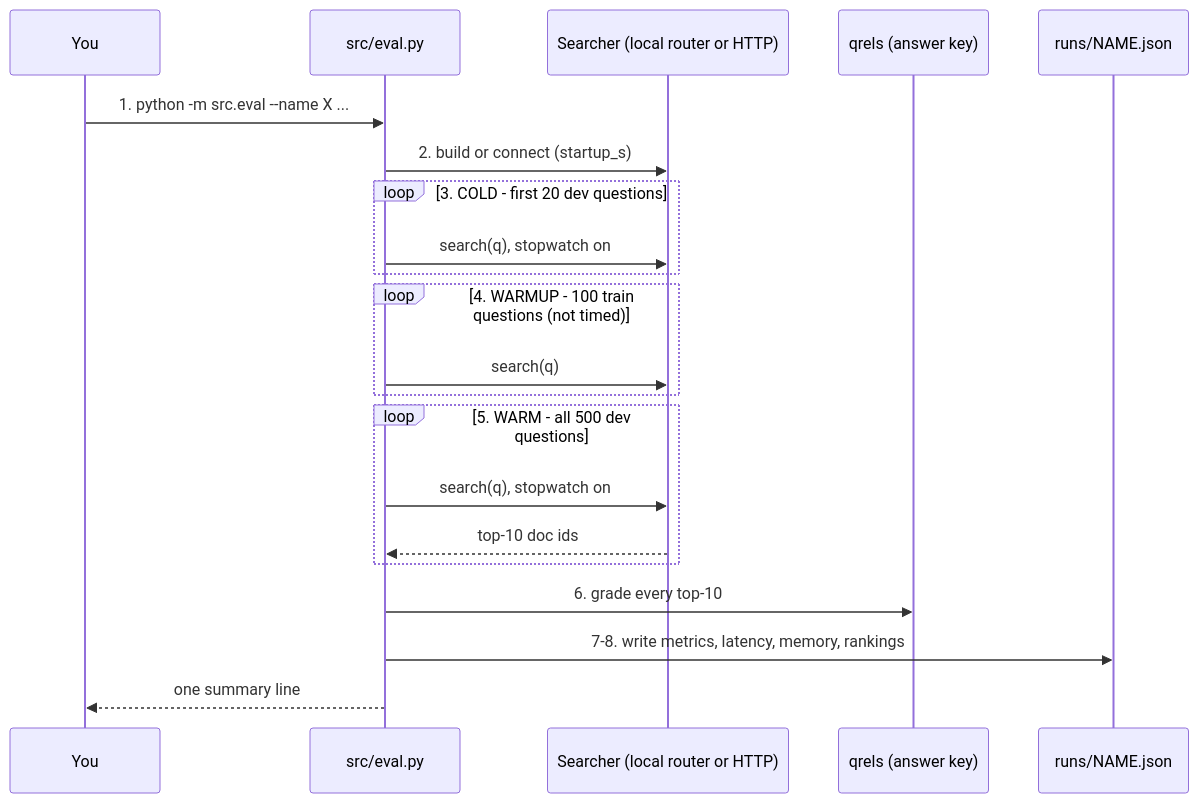
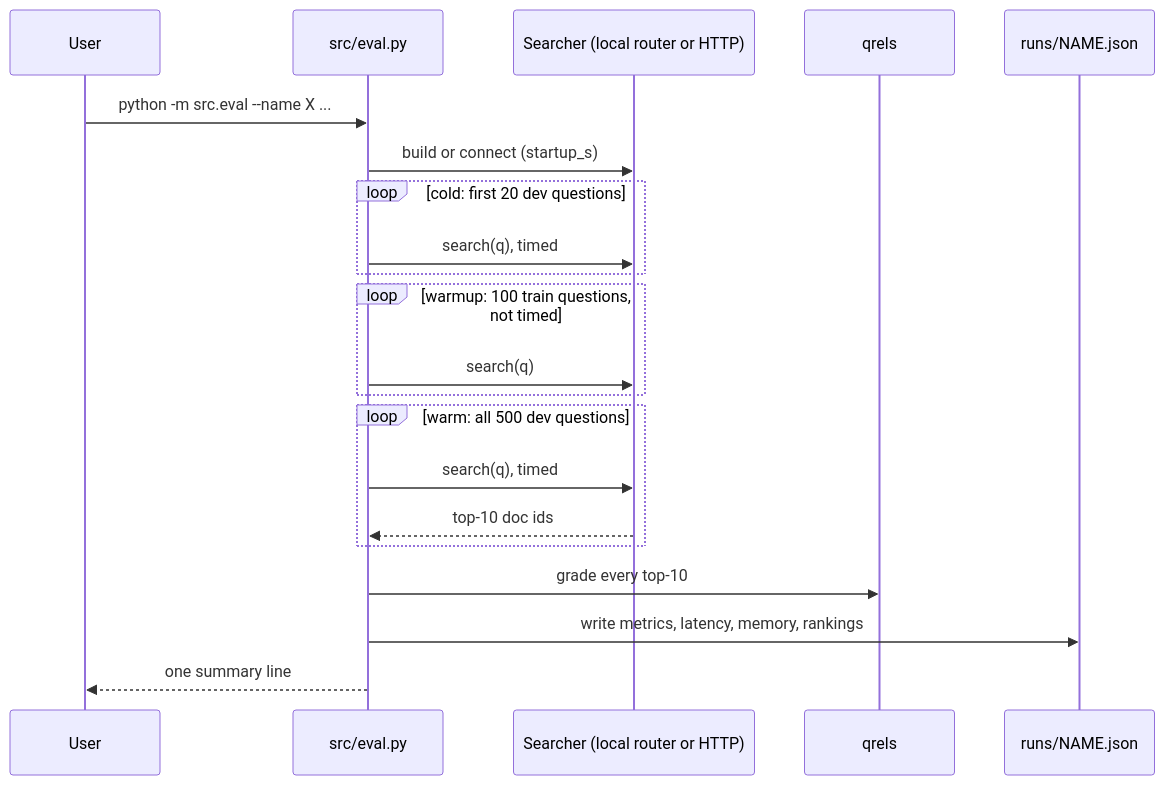
One commit to node31/fiqa-agentic-retrieval changed the second of 3 diagrams in docs/eval.md. Above: the diagram before and after it, drawn with Mermaid. The commit also changed other lines of this file and 38 other files, not shown here.

````diff
--- a/docs/eval.md
+++ b/docs/eval.md
@@ -71,23 +38,23 @@
 ```mermaid
 sequenceDiagram
-    participant You
+    participant U as User
     participant E as src/eval.py
     participant S as Searcher (local router or HTTP)
-    participant Q as qrels (answer key)
+    participant Q as qrels
     participant F as runs/NAME.json
-    You->>E: 1. python -m src.eval --name X ...
-    E->>S: 2. build or connect (startup_s)
-    loop 3. COLD - first 20 dev questions
-        E->>S: search(q), stopwatch on
+    U->>E: python -m src.eval --name X ...
+    E->>S: build or connect (startup_s)
+    loop cold: first 20 dev questions
+        E->>S: search(q), timed
     end
-    loop 4. WARMUP - 100 train questions (not timed)
+    loop warmup: 100 train questions, not timed
         E->>S: search(q)
     end
-    loop 5. WARM - all 500 dev questions
-        E->>S: search(q), stopwatch on
+    loop warm: all 500 dev questions
+        E->>S: search(q), timed
         S-->>E: top-10 doc ids
     end
-    E->>Q: 6. grade every top-10
-    E->>F: 7-8. write metrics, latency, memory, rankings
-    E-->>You: one summary line
+    E->>Q: grade every top-10
+    E->>F: write metrics, latency, memory, rankings
+    E-->>U: one summary line
 ```
````
